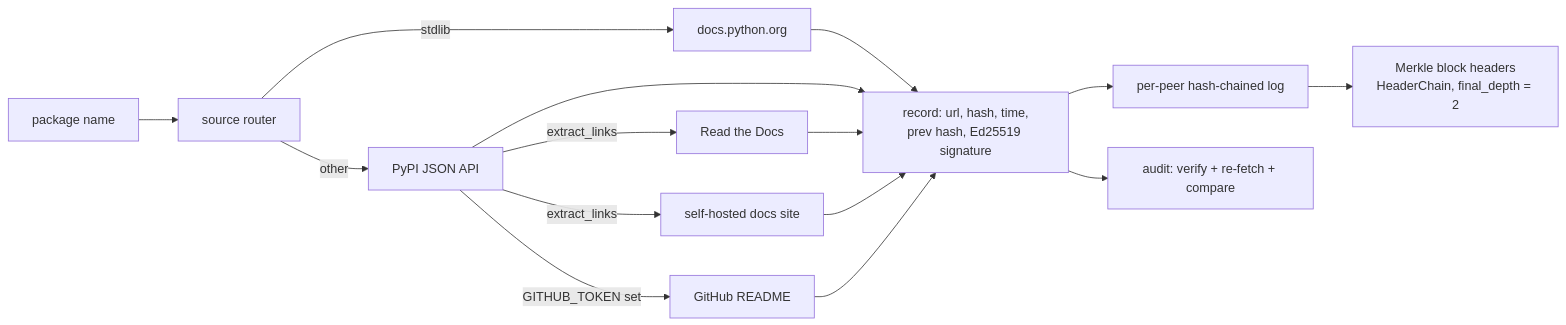
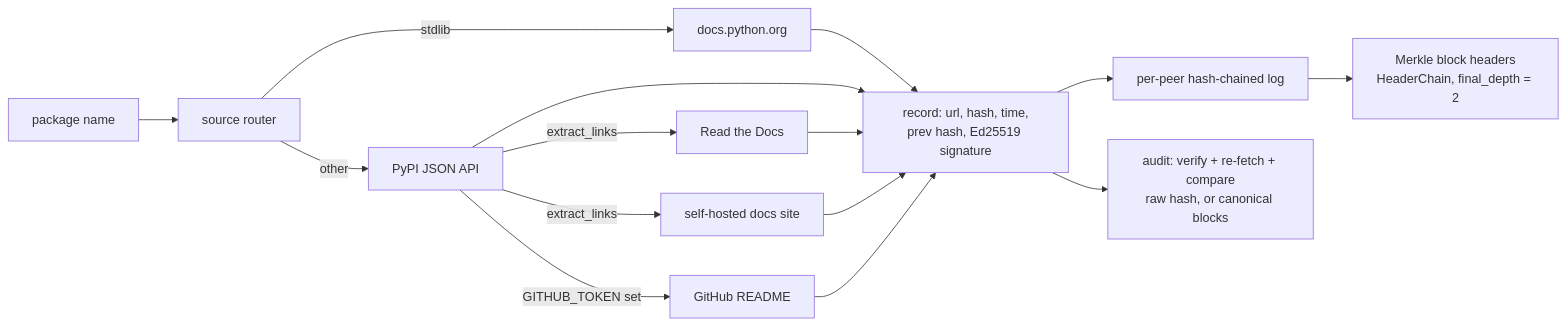
One commit to ps29/CS-6675-Web-Crawler changed the second of 3 diagrams in docs/architecture.md. Above: the diagram before and after it, drawn with Mermaid. The commit also changed other lines of this file and 4 other files, not shown here.

````diff
--- a/docs/architecture.md
+++ b/docs/architecture.md
@@ -79,13 +79,13 @@
 ```mermaid
 flowchart LR
     PKG[package name] --> RT[source router]
     RT -->|stdlib| PD[docs.python.org]
     RT -->|other| PY[PyPI JSON API]
     PY -->|extract_links| RTD[Read the Docs]
     PY -->|extract_links| DOC[self-hosted docs site]
     PY -->|GITHUB_TOKEN set| GH[GitHub README]
     PD & PY & RTD & DOC & GH --> REC[record: url, hash, time,<br/>prev hash, Ed25519 signature]
     REC --> LOG[per-peer hash-chained log]
     LOG --> BLK[Merkle block headers<br/>HeaderChain, final_depth = 2]
-    REC --> AUD[audit: verify + re-fetch + compare]
+    REC --> AUD[audit: verify + re-fetch + compare<br/>raw hash, or canonical blocks]
 ```
````
